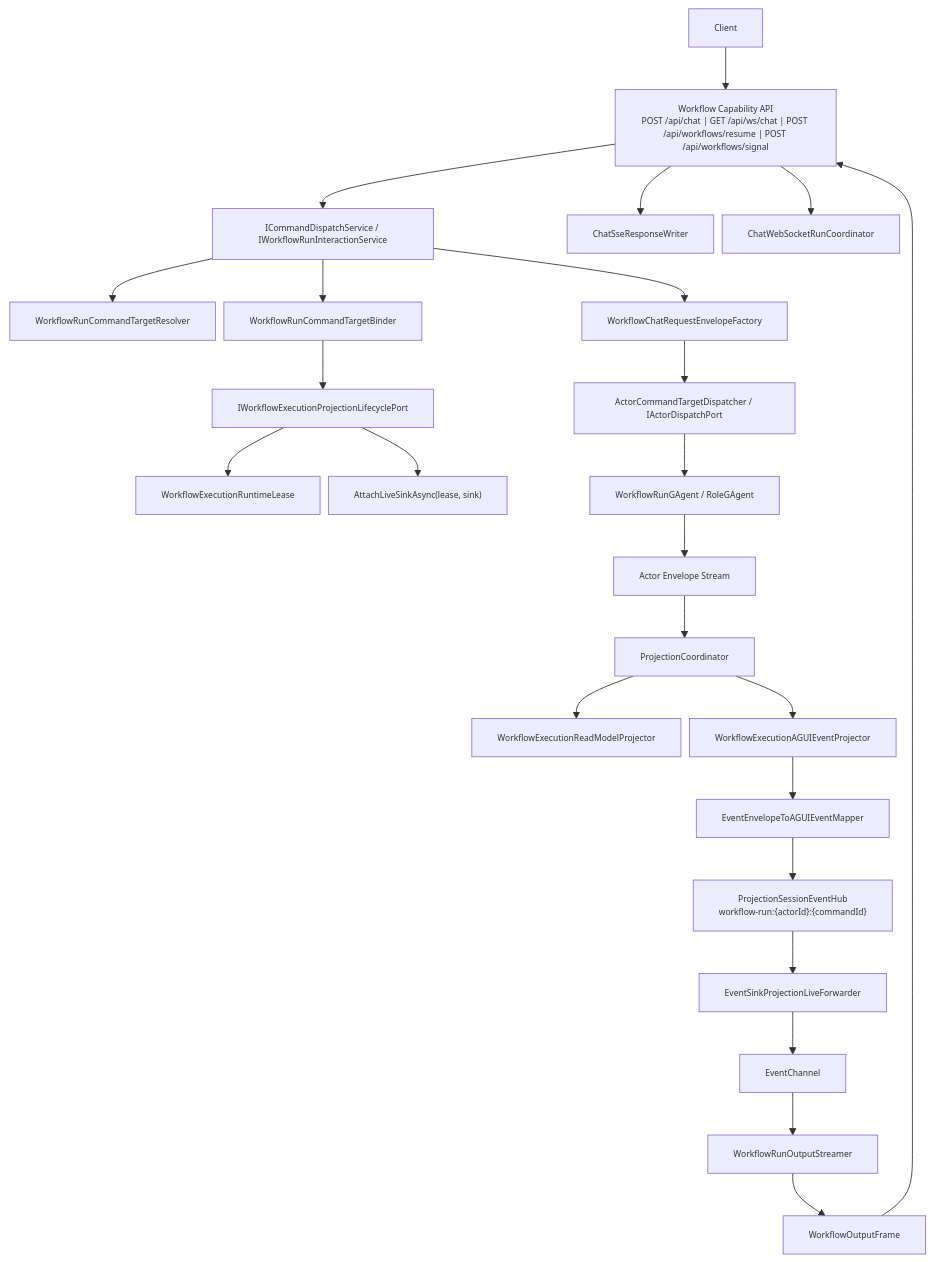
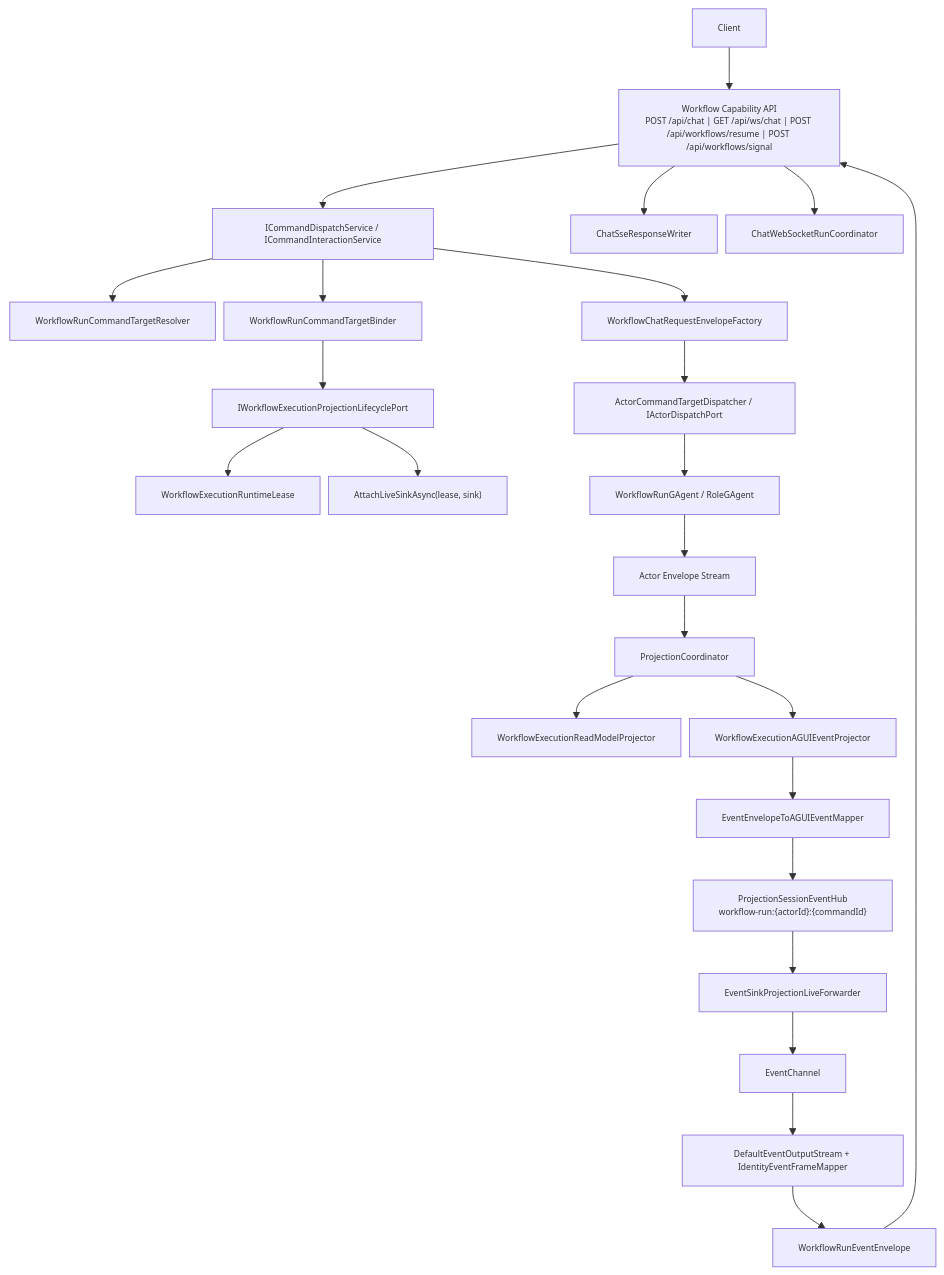
One commit to aevatarAI/aevatar changed the first of 5 diagrams in docs/WORKFLOW_LLM_STREAMING_ARCHITECTURE.md. Above: the diagram before and after it, drawn with Mermaid. The commit also changed other lines of this file and 77 other files, not shown here.

First line of the commit message:
Refactor command interaction services and enhance CQRS architecture

````diff
--- a/docs/WORKFLOW_LLM_STREAMING_ARCHITECTURE.md
+++ b/docs/WORKFLOW_LLM_STREAMING_ARCHITECTURE.md
@@ -58,27 +58,27 @@
 ```mermaid
 %%{init: {"maxTextSize": 100000, "flowchart": {"useMaxWidth": false, "nodeSpacing": 10, "rankSpacing": 50}, "themeVariables": {"fontSize": "10px"}}}%%
 flowchart TB
     C["Client"] --> H["Workflow Capability API\nPOST /api/chat | GET /api/ws/chat | POST /api/workflows/resume | POST /api/workflows/signal"]
-    H --> CMD["ICommandDispatchService / IWorkflowRunInteractionService"]
+    H --> CMD["ICommandDispatchService / ICommandInteractionService"]
     CMD --> RES["WorkflowRunCommandTargetResolver"]
     CMD --> BND["WorkflowRunCommandTargetBinder"]
     BND --> LIF["IWorkflowExecutionProjectionLifecyclePort"]
     LIF --> LEASE["WorkflowExecutionRuntimeLease"]
     LIF --> SUB["AttachLiveSinkAsync(lease, sink)"]
     CMD --> FAC["WorkflowChatRequestEnvelopeFactory"]
     FAC --> DSP["ActorCommandTargetDispatcher / IActorDispatchPort"]
     DSP --> ACT["WorkflowRunGAgent / RoleGAgent"]
     ACT --> EVT["Actor Envelope Stream"]
     EVT --> COOR["ProjectionCoordinator"]
     COOR --> RM["WorkflowExecutionReadModelProjector"]
     COOR --> AGP["WorkflowExecutionAGUIEventProjector"]
     AGP --> MAP["EventEnvelopeToAGUIEventMapper"]
     MAP --> HUB["ProjectionSessionEventHub\nworkflow-run:{actorId}:{commandId}"]
     HUB --> FWD["EventSinkProjectionLiveForwarder<WorkflowExecutionRuntimeLease, WorkflowRunEvent>"]
     FWD --> CH["EventChannel<WorkflowRunEvent>"]
-    CH --> STR["WorkflowRunOutputStreamer"]
-    STR --> FR["WorkflowOutputFrame"]
+    CH --> STR["DefaultEventOutputStream + IdentityEventFrameMapper"]
+    STR --> FR["WorkflowRunEventEnvelope"]
     FR --> H
     H --> SSE["ChatSseResponseWriter"]
     H --> WS["ChatWebSocketRunCoordinator"]
 ```
````
